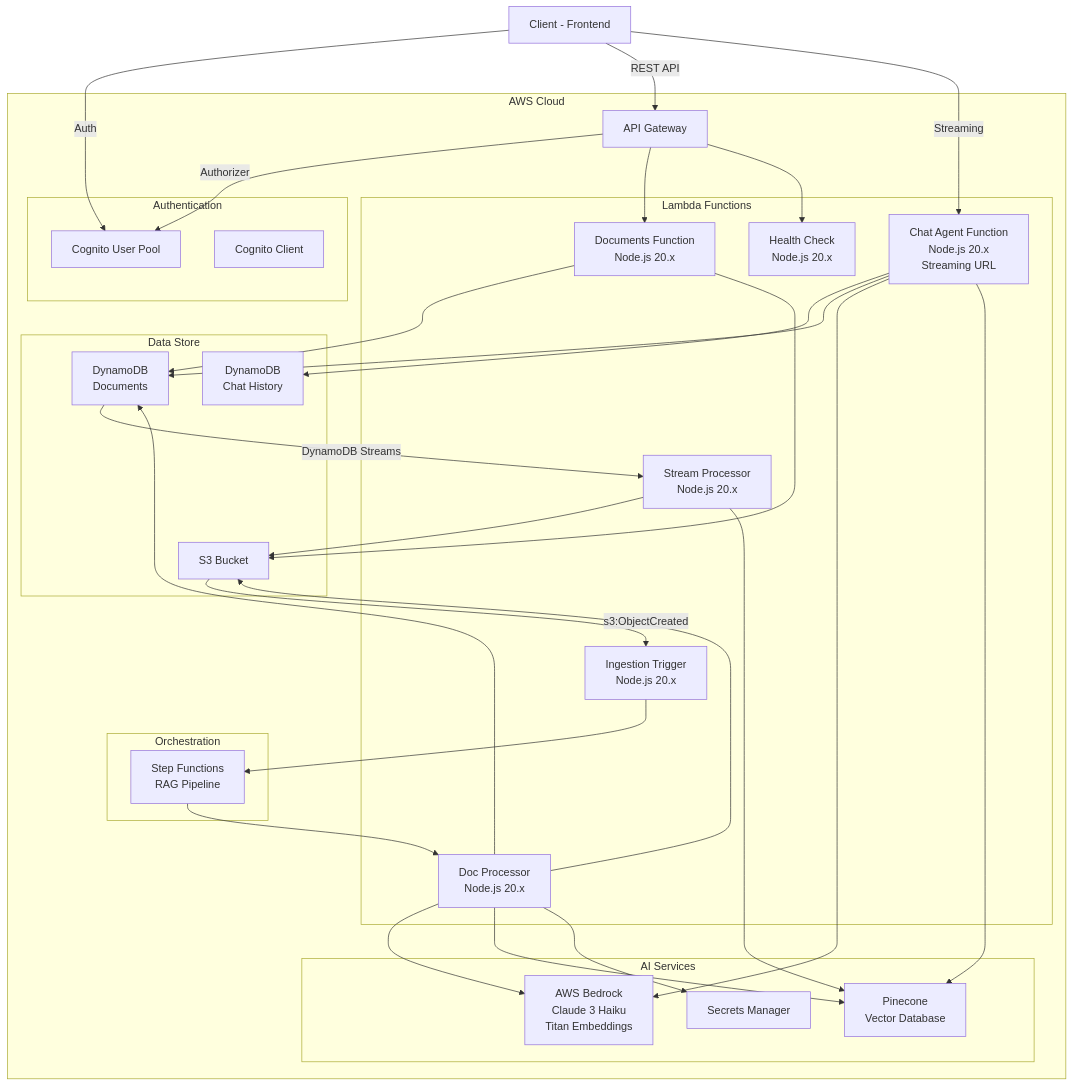
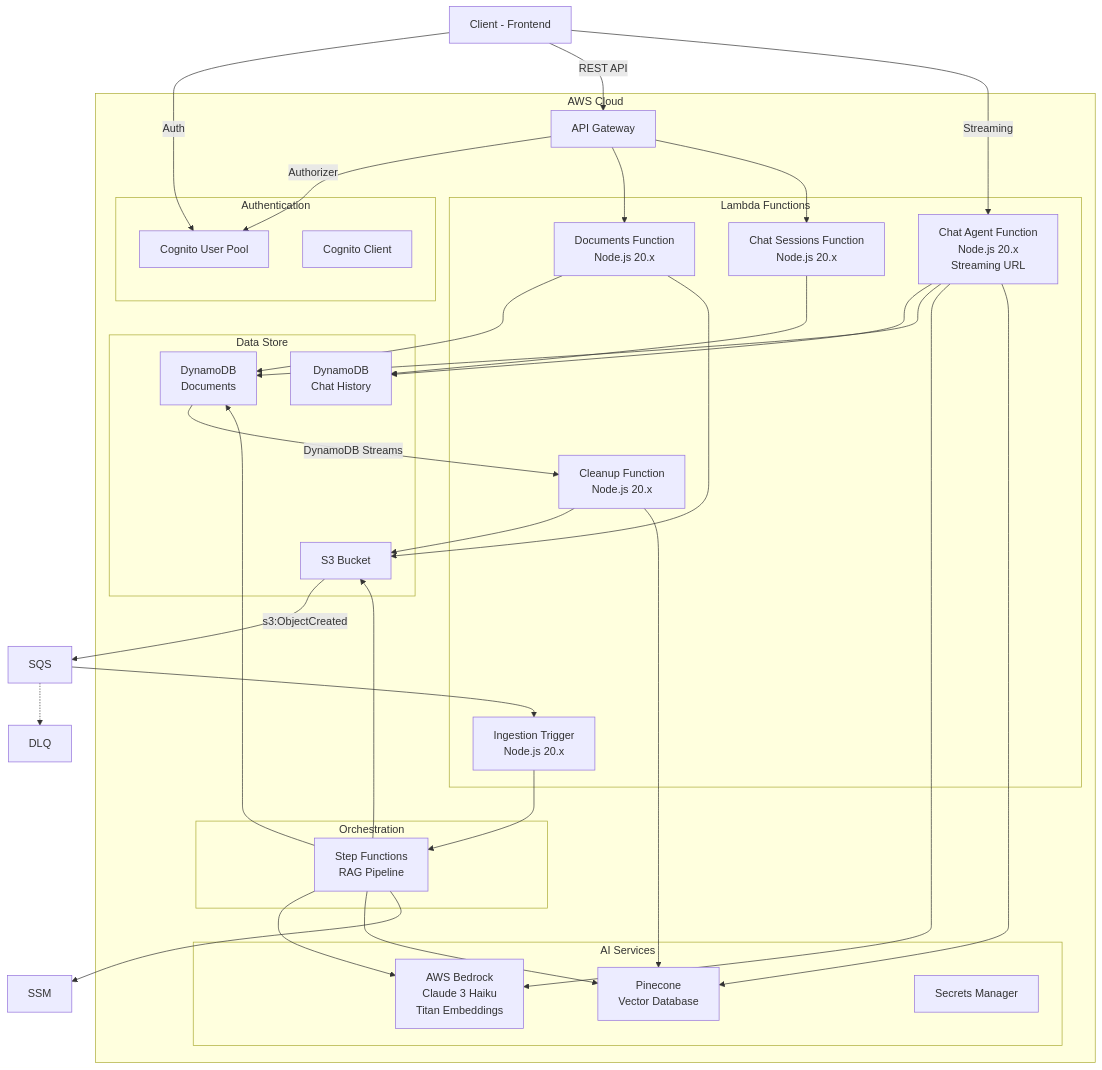
One commit to r-serori/myelinbase-backend changed the diagram in infrastructure/README.md. Above: the diagram before and after it, drawn with Mermaid. The commit also changed 1 other file, not shown here.

Commit message:
🔖 Release v1.1.9 (#100)

````diff
--- a/infrastructure/README.md
+++ b/infrastructure/README.md
@@ -16,75 +16,77 @@
 ```mermaid
 graph TB
     %% クライアント
     Client[Client - Frontend]
 
     subgraph "AWS Cloud"
         %% API Gateway & 認証
         subgraph "Authentication"
             CognitoUserPool[Cognito User Pool]
             CognitoClient[Cognito Client]
         end
 
         APIGW[API Gateway]
 
         %% Lambda Functions
         subgraph "Lambda Functions"
             DocFn[Documents Function<br/>Node.js 20.x]
             ChatFn[Chat Agent Function<br/>Node.js 20.x<br/>Streaming URL]
+            ChatSessionsFn[Chat Sessions Function<br/>Node.js 20.x]
             TriggerFn[Ingestion Trigger<br/>Node.js 20.x]
-            ProcFn[Doc Processor<br/>Node.js 20.x]
-            StreamProcFn[Stream Processor<br/>Node.js 20.x]
-            HealthFn[Health Check<br/>Node.js 20.x]
+            CleanupFn[Cleanup Function<br/>Node.js 20.x]
         end
 
         %% Storage
         subgraph "Data Store"
             S3Bucket[S3 Bucket]
             DocTable[DynamoDB<br/>Documents]
             ChatTable[DynamoDB<br/>Chat History]
         end
 
         %% Workflow
         subgraph "Orchestration"
             SFN[Step Functions<br/>RAG Pipeline]
         end
 
         %% AI Services
         subgraph "AI Services"
             Bedrock[AWS Bedrock<br/>Claude 3 Haiku<br/>Titan Embeddings]
             Pinecone[Pinecone<br/>Vector Database]
             Secrets[Secrets Manager]
         end
     end
 
     %% 接続関係
     Client -->|Auth| CognitoUserPool
     Client -->|REST API| APIGW
     Client -->|Streaming| ChatFn
 
     APIGW -->|Authorizer| CognitoUserPool
     APIGW --> DocFn
-    APIGW --> HealthFn
+    APIGW --> ChatSessionsFn
 
     DocFn --> DocTable
     DocFn --> S3Bucket
 
     ChatFn --> ChatTable
     ChatFn --> DocTable
     ChatFn --> Bedrock
     ChatFn --> Pinecone
 
-    S3Bucket -->|s3:ObjectCreated| TriggerFn
+    ChatSessionsFn --> ChatTable
+
+    S3Bucket -->|s3:ObjectCreated| SQS
+    SQS --> TriggerFn
+    SQS -.-> DLQ
     TriggerFn --> SFN
 
-    SFN --> ProcFn
-    ProcFn --> S3Bucket
-    ProcFn --> DocTable
-    ProcFn --> Bedrock
-    ProcFn --> Pinecone
-    ProcFn --> Secrets
+    SFN --> S3Bucket
+    SFN --> DocTable
+    SFN --> Bedrock
+    SFN --> Pinecone
+    SFN --> SSM
 
-    DocTable -->|DynamoDB Streams| StreamProcFn
-    StreamProcFn --> S3Bucket
-    StreamProcFn --> Pinecone
+    DocTable -->|DynamoDB Streams| CleanupFn
+    CleanupFn --> S3Bucket
+    CleanupFn --> Pinecone
 ```
````
